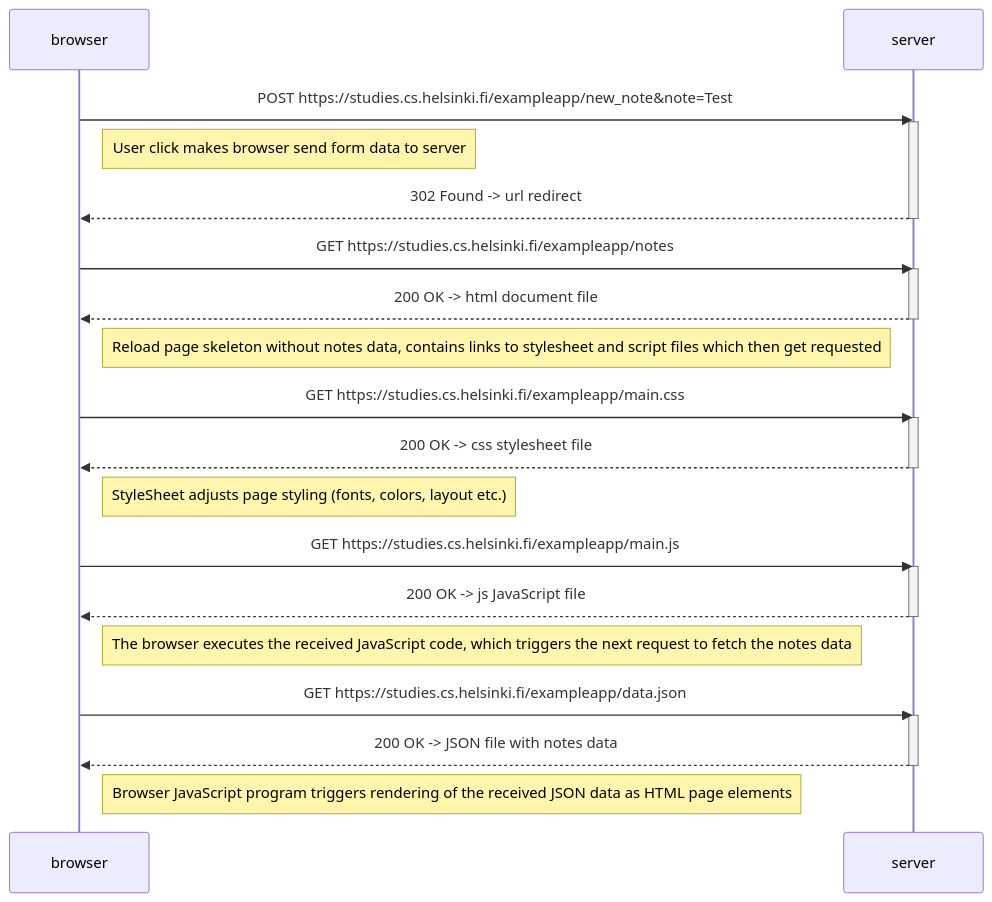
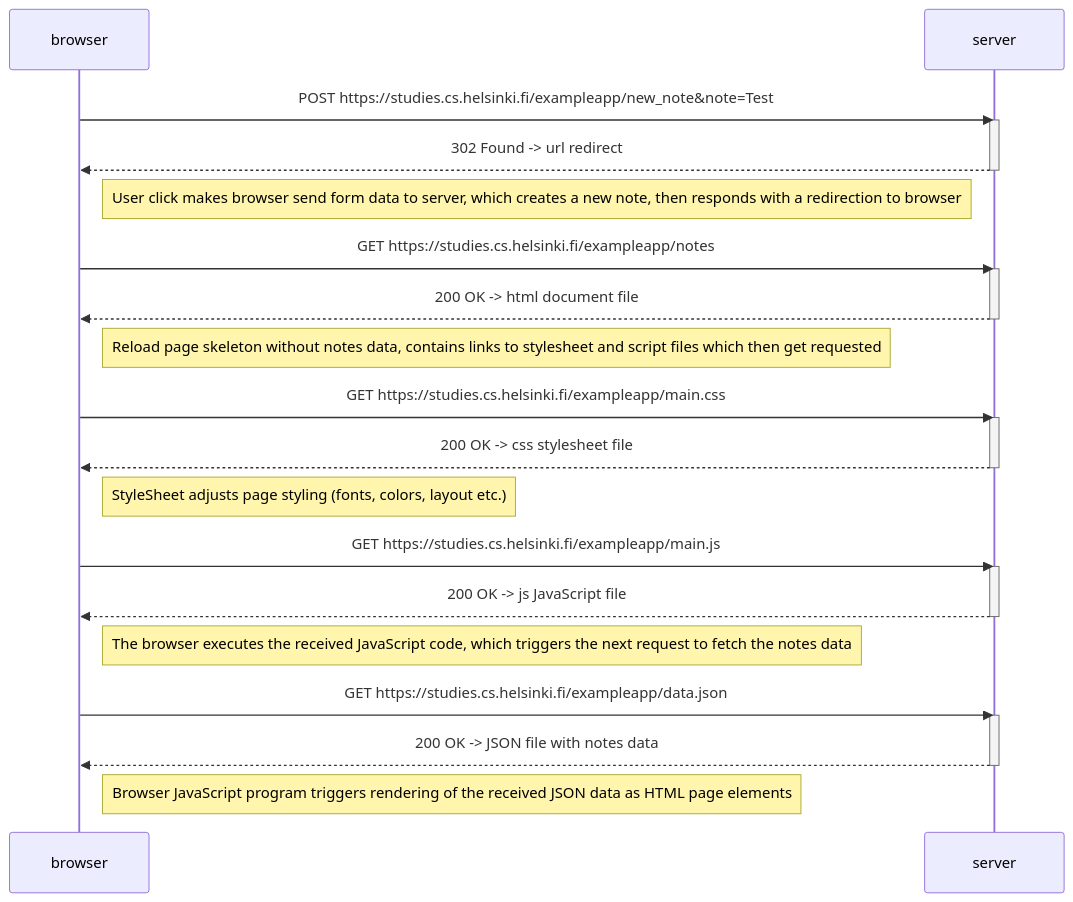
Before and after one commit to zoni527/full-stack-open: the diagram in part0/04_new_note_diagram/new_note_mermaid_diagram.md, drawn with Mermaid.

Commit message:
docs: made note more explicit

````diff
--- a/part0/04_new_note_diagram/new_note_mermaid_diagram.md
+++ b/part0/04_new_note_diagram/new_note_mermaid_diagram.md
@@ -1,39 +1,40 @@
 ```mermaid
 sequenceDiagram
     participant browser
     participant server
 
     browser->>server: POST https://studies.cs.helsinki.fi/exampleapp/new_note&note=Test
     activate server
-    Note right of browser: User click makes browser send form data to server
     server-->>browser: 302 Found -> url redirect
     deactivate server
+
+    Note right of browser: User click makes browser send form data to server, which creates a new note, then responds with a redirection to browser
 
     browser->>server: GET https://studies.cs.helsinki.fi/exampleapp/notes
     activate server
     server -->>browser: 200 OK -> html document file
     deactivate server
 
     Note right of browser: Reload page skeleton without notes data, contains links to stylesheet and script files which then get requested
 
     browser->>server: GET https://studies.cs.helsinki.fi/exampleapp/main.css
     activate server
     server-->>browser: 200 OK -> css stylesheet file
     deactivate server
 
     Note right of browser: StyleSheet adjusts page styling (fonts, colors, layout etc.)
 
     browser->>server: GET https://studies.cs.helsinki.fi/exampleapp/main.js
     activate server
     server -->>browser: 200 OK -> js JavaScript file
     deactivate server
 
     Note right of browser: The browser executes the received JavaScript code, which triggers the next request to fetch the notes data
 
     browser->>server: GET https://studies.cs.helsinki.fi/exampleapp/data.json
     activate server
     server-->>browser: 200 OK -> JSON file with notes data
     deactivate server
 
     Note right of browser: Browser JavaScript program triggers rendering of the received JSON data as HTML page elements
 ```
````
